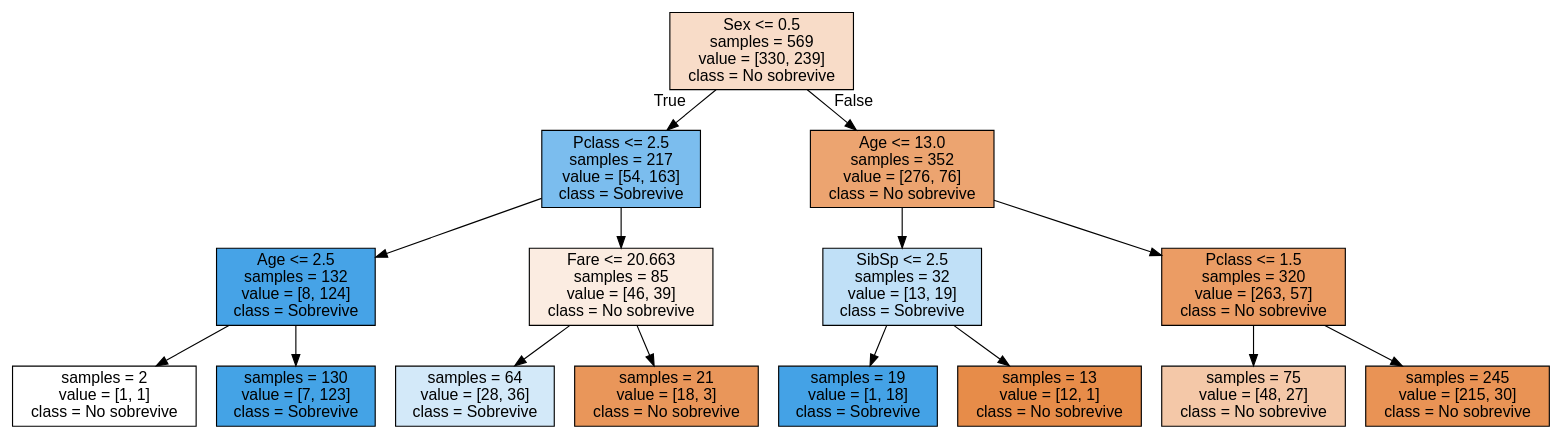
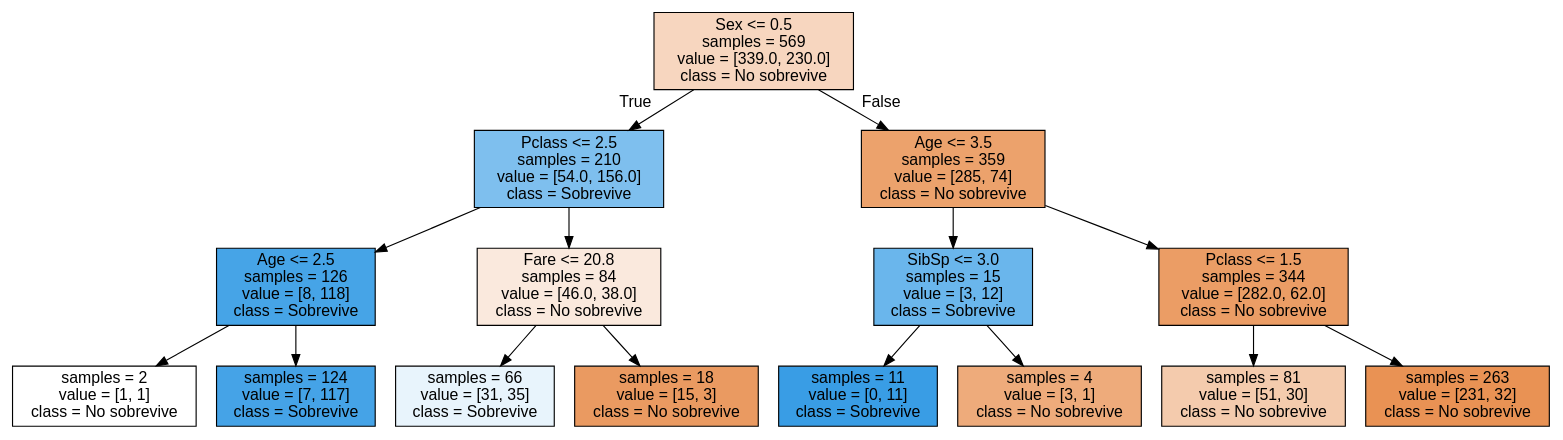
The diagram in ejercicio_final/arbol_titanic.dot (keltoi-dev/ejercicios_datamining), drawn with Graphviz before and after one commit. The commit also changed 1 other file, not shown here.

```diff
--- a/ejercicio_final/arbol_titanic.dot
+++ b/ejercicio_final/arbol_titanic.dot
@@ -1,33 +1,33 @@
 digraph Tree {
 node [shape=box, style="filled", color="black", fontname="helvetica"] ;
 edge [fontname="helvetica"] ;
-0 [label="Sex <= 0.5\nsamples = 569\nvalue = [330, 239]\nclass = No sobrevive", fillcolor="#f8dcc8"] ;
-1 [label="Pclass <= 2.5\nsamples = 217\nvalue = [54, 163]\nclass = Sobrevive", fillcolor="#7bbdee"] ;
+0 [label="Sex <= 0.5\nsamples = 569\nvalue = [339.0, 230.0]\nclass = No sobrevive", fillcolor="#f7d6bf"] ;
+1 [label="Pclass <= 2.5\nsamples = 210\nvalue = [54.0, 156.0]\nclass = Sobrevive", fillcolor="#7ebfee"] ;
 0 -> 1 [labeldistance=2.5, labelangle=45, headlabel="True"] ;
-2 [label="Age <= 2.5\nsamples = 132\nvalue = [8, 124]\nclass = Sobrevive", fillcolor="#46a3e7"] ;
+2 [label="Age <= 2.5\nsamples = 126\nvalue = [8, 118]\nclass = Sobrevive", fillcolor="#46a4e7"] ;
 1 -> 2 ;
 3 [label="samples = 2\nvalue = [1, 1]\nclass = No sobrevive", fillcolor="#ffffff"] ;
 2 -> 3 ;
-4 [label="samples = 130\nvalue = [7, 123]\nclass = Sobrevive", fillcolor="#44a3e6"] ;
+4 [label="samples = 124\nvalue = [7, 117]\nclass = Sobrevive", fillcolor="#45a3e7"] ;
 2 -> 4 ;
-5 [label="Fare <= 20.663\nsamples = 85\nvalue = [46, 39]\nclass = No sobrevive", fillcolor="#fbece1"] ;
+5 [label="Fare <= 20.8\nsamples = 84\nvalue = [46.0, 38.0]\nclass = No sobrevive", fillcolor="#fae9dd"] ;
 1 -> 5 ;
-6 [label="samples = 64\nvalue = [28, 36]\nclass = Sobrevive", fillcolor="#d3e9f9"] ;
+6 [label="samples = 66\nvalue = [31, 35]\nclass = Sobrevive", fillcolor="#e8f4fc"] ;
 5 -> 6 ;
-7 [label="samples = 21\nvalue = [18, 3]\nclass = No sobrevive", fillcolor="#e9965a"] ;
+7 [label="samples = 18\nvalue = [15, 3]\nclass = No sobrevive", fillcolor="#ea9a61"] ;
 5 -> 7 ;
-8 [label="Age <= 13.0\nsamples = 352\nvalue = [276, 76]\nclass = No sobrevive", fillcolor="#eca470"] ;
+8 [label="Age <= 3.5\nsamples = 359\nvalue = [285, 74]\nclass = No sobrevive", fillcolor="#eca26c"] ;
 0 -> 8 [labeldistance=2.5, labelangle=-45, headlabel="False"] ;
-9 [label="SibSp <= 2.5\nsamples = 32\nvalue = [13, 19]\nclass = Sobrevive", fillcolor="#c0e0f7"] ;
+9 [label="SibSp <= 3.0\nsamples = 15\nvalue = [3, 12]\nclass = Sobrevive", fillcolor="#6ab6ec"] ;
 8 -> 9 ;
-10 [label="samples = 19\nvalue = [1, 18]\nclass = Sobrevive", fillcolor="#44a2e6"] ;
+10 [label="samples = 11\nvalue = [0, 11]\nclass = Sobrevive", fillcolor="#399de5"] ;
 9 -> 10 ;
-11 [label="samples = 13\nvalue = [12, 1]\nclass = No sobrevive", fillcolor="#e78c49"] ;
+11 [label="samples = 4\nvalue = [3, 1]\nclass = No sobrevive", fillcolor="#eeab7b"] ;
 9 -> 11 ;
-12 [label="Pclass <= 1.5\nsamples = 320\nvalue = [263, 57]\nclass = No sobrevive", fillcolor="#eb9c64"] ;
+12 [label="Pclass <= 1.5\nsamples = 344\nvalue = [282.0, 62.0]\nclass = No sobrevive", fillcolor="#eb9d65"] ;
 8 -> 12 ;
-13 [label="samples = 75\nvalue = [48, 27]\nclass = No sobrevive", fillcolor="#f4c8a8"] ;
+13 [label="samples = 81\nvalue = [51, 30]\nclass = No sobrevive", fillcolor="#f4cbad"] ;
 12 -> 13 ;
-14 [label="samples = 245\nvalue = [215, 30]\nclass = No sobrevive", fillcolor="#e99355"] ;
+14 [label="samples = 263\nvalue = [231, 32]\nclass = No sobrevive", fillcolor="#e99254"] ;
 12 -> 14 ;
 }
```
